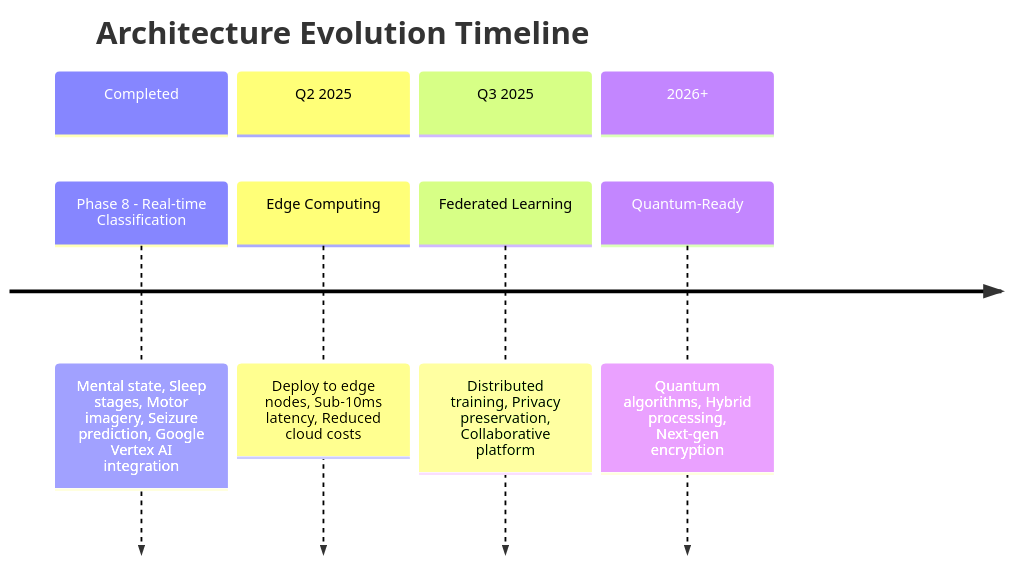
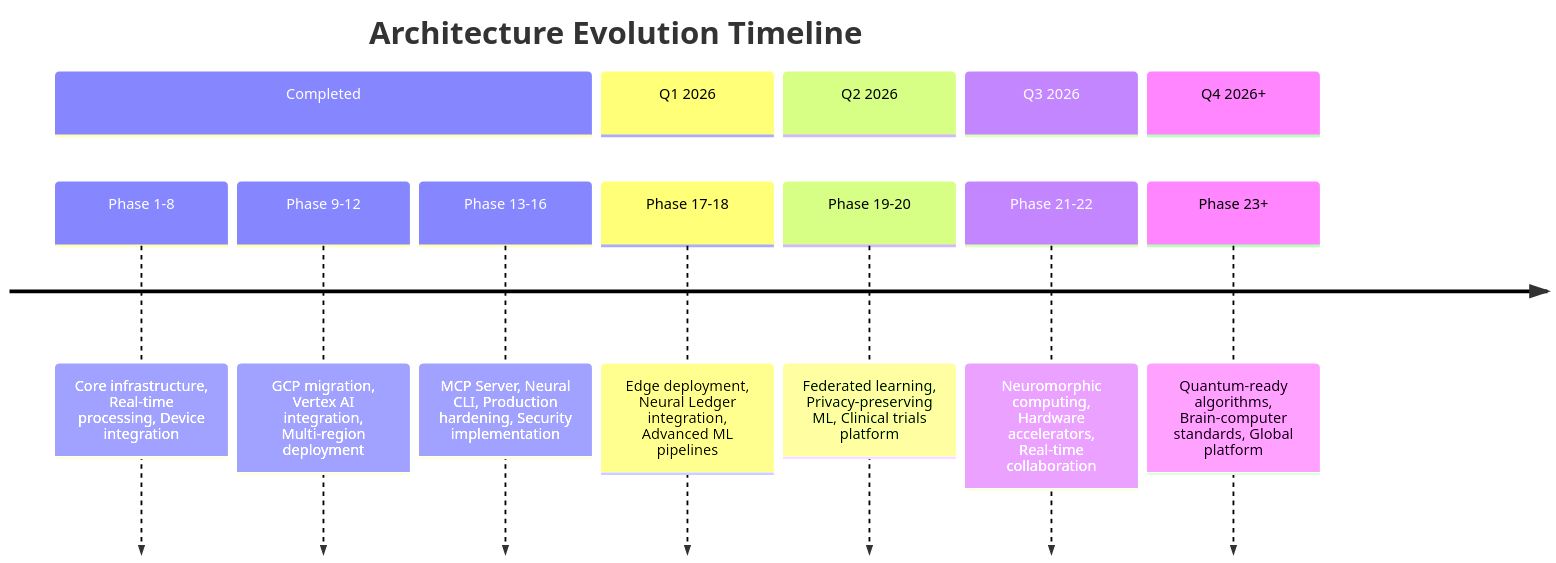
Before and after one commit to identity-wael/neurascale: the ninth of 9 diagrams in docs-nextra/src/content/architecture.mdx, drawn with Mermaid.

Commit message:
feat(docs): Update roadmap timeline to 2026 and reflect Phase 16 completion

````diff
--- a/docs-nextra/src/content/architecture.mdx
+++ b/docs-nextra/src/content/architecture.mdx
@@ -1018,16 +1018,21 @@
 ```mermaid
 timeline
     title Architecture Evolution Timeline
 
     section Completed
-        Phase 8 - Real-time Classification : Mental state, Sleep stages, Motor imagery, Seizure prediction, Google Vertex AI integration
+        Phase 1-8 : Core infrastructure, Real-time processing, Device integration
+        Phase 9-12 : GCP migration, Vertex AI integration, Multi-region deployment
+        Phase 13-16 : MCP Server, Neural CLI, Production hardening, Security implementation
 
-    section Q2 2025
-        Edge Computing : Deploy to edge nodes, Sub-10ms latency, Reduced cloud costs
+    section Q1 2026
+        Phase 17-18 : Edge deployment, Neural Ledger integration, Advanced ML pipelines
 
-    section Q3 2025
-        Federated Learning : Distributed training, Privacy preservation, Collaborative platform
+    section Q2 2026
+        Phase 19-20 : Federated learning, Privacy-preserving ML, Clinical trials platform
 
-    section 2026+
-        Quantum-Ready : Quantum algorithms, Hybrid processing, Next-gen encryption
+    section Q3 2026
+        Phase 21-22 : Neuromorphic computing, Hardware accelerators, Real-time collaboration
+
+    section Q4 2026+
+        Phase 23+ : Quantum-ready algorithms, Brain-computer standards, Global platform
 ```
````
